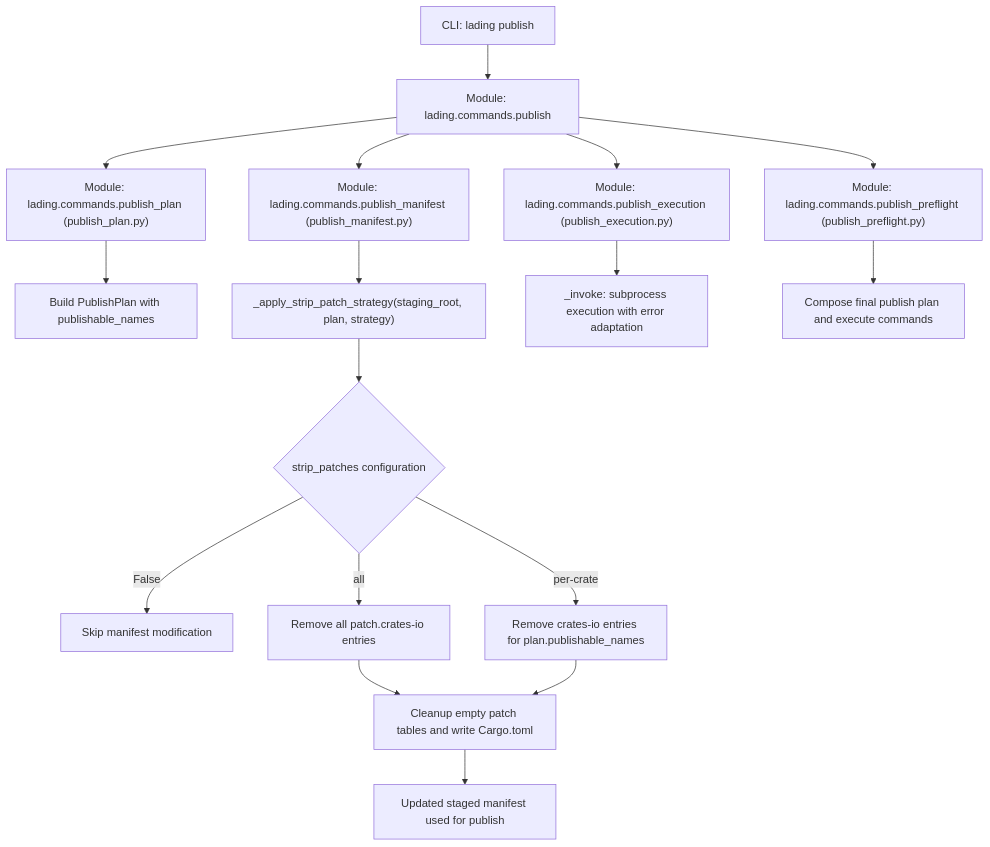
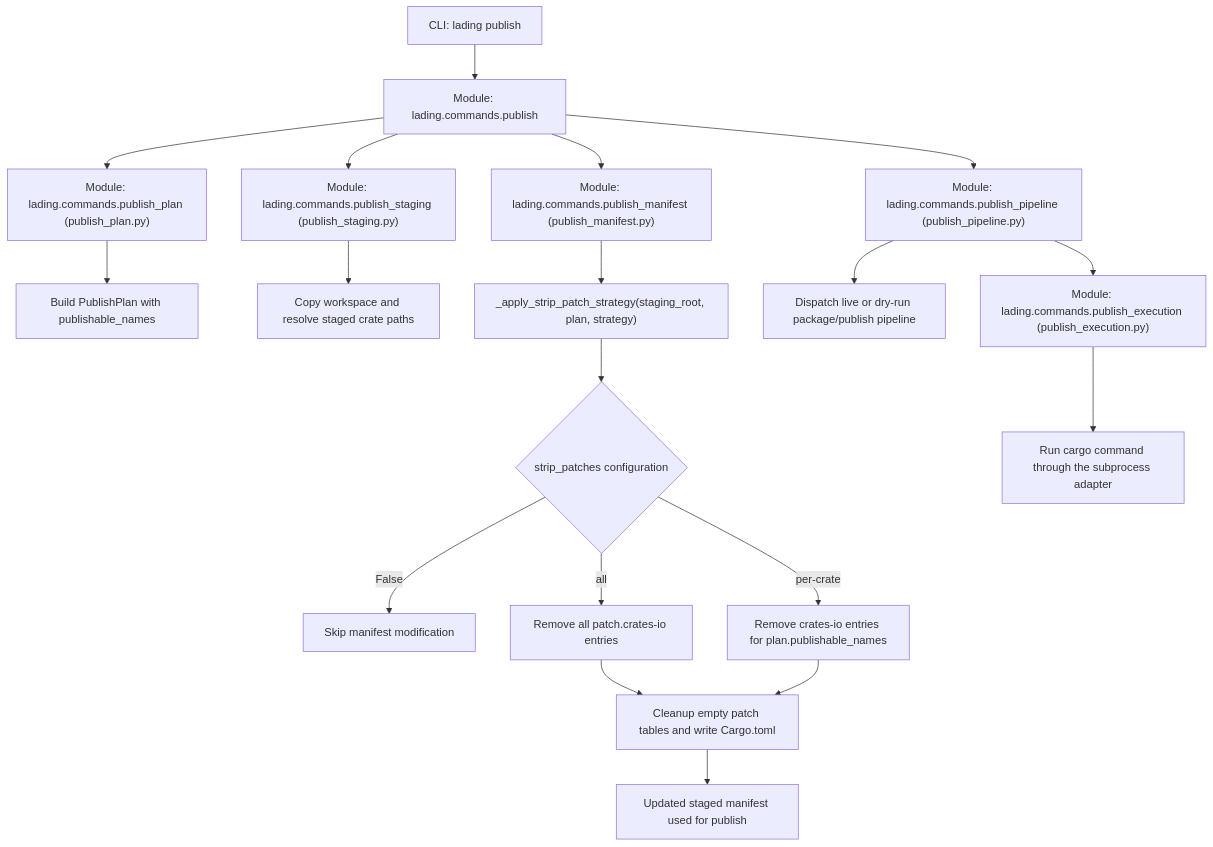
One commit to leynos/lading changed the first of 2 diagrams in docs/lading-design.md. Above: the diagram before and after it, drawn with Mermaid. The commit also changed other lines of this file and 4 other files, not shown here.

First line of the commit message:
Address publish pipeline review findings (#170)

````diff
--- a/docs/lading-design.md
+++ b/docs/lading-design.md
@@ -194,21 +194,22 @@
 ```mermaid
 graph TD
     A["CLI: lading publish"] --> B["Module: lading.commands.publish"]
     B --> C["Module: lading.commands.publish_plan (publish_plan.py)"]
     C --> C1["Build PublishPlan with publishable_names"]
+    B --> S["Module: lading.commands.publish_staging (publish_staging.py)"]
+    S --> S1["Copy workspace and resolve staged crate paths"]
     B --> D["Module: lading.commands.publish_manifest (publish_manifest.py)"]
     D --> D1["_apply_strip_patch_strategy(staging_root, plan, strategy)"]
     D1 --> D2{"strip_patches configuration"}
     D2 -->|"False"| E["Skip manifest modification"]
     D2 -->|"all"| F["Remove all patch.crates-io entries"]
     D2 -->|"per-crate"| G["Remove crates-io entries for plan.publishable_names"]
     F --> H["Cleanup empty patch tables and write Cargo.toml"]
     G --> H
     H --> I["Updated staged manifest used for publish"]
 
-    B --> J["Module: lading.commands.publish_execution (publish_execution.py)"]
-    J --> K["_invoke: subprocess execution with error adaptation"]
-
-    B --> N["Module: lading.commands.publish_preflight (publish_preflight.py)"]
-    N --> O["Compose final publish plan and execute commands"]
+    B --> P["Module: lading.commands.publish_pipeline (publish_pipeline.py)"]
+    P --> P1["Dispatch live or dry-run package/publish pipeline"]
+    P --> J["Module: lading.commands.publish_execution (publish_execution.py)"]
+    J --> K["Run cargo command through the subprocess adapter"]
 ```
````
